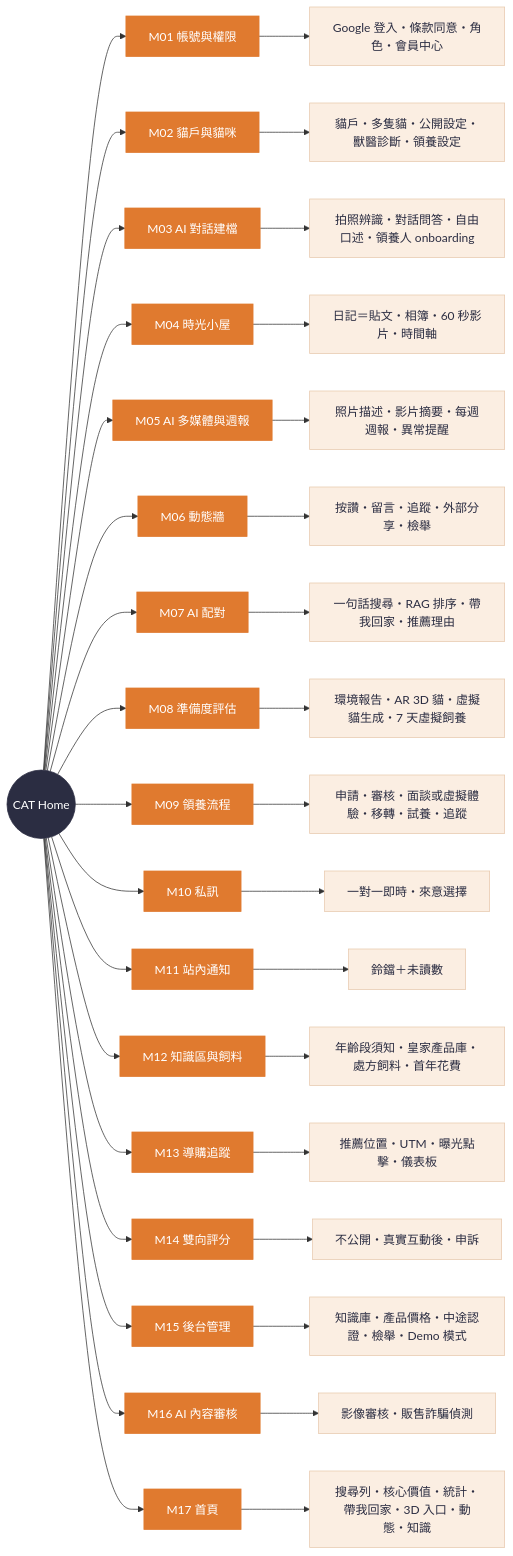
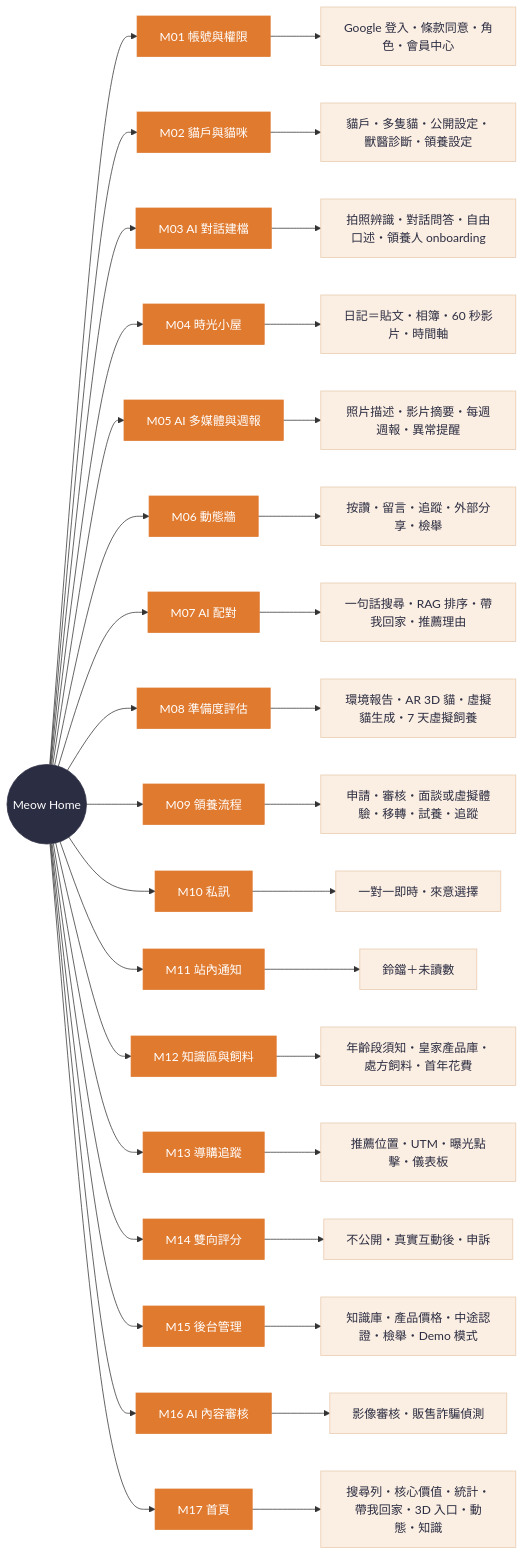
The diagram in docs/spec/diagrams/2_modules.mmd (GAE265-Meowho/Meowho), drawn with Mermaid before and after one commit. The commit also changed 13 other files, not shown here.

```diff
--- a/docs/spec/diagrams/2_modules.mmd
+++ b/docs/spec/diagrams/2_modules.mmd
@@ -1,23 +1,23 @@
 flowchart LR
   classDef root fill:#2B2D42,color:#FFFFFF,stroke:#2B2D42
   classDef m fill:#E07A2F,color:#FFFFFF,stroke:#E07A2F
   classDef f fill:#FBEEE2,color:#2B2D42,stroke:#E8C9AE
-  R((CAT Home)):::root
+  R((Meow Home)):::root
 
   R --> M01[M01 帳號與權限]:::m --> M01a[Google 登入・條款同意・角色・會員中心]:::f
   R --> M02[M02 貓戶與貓咪]:::m --> M02a[貓戶・多隻貓・公開設定・獸醫診斷・領養設定]:::f
   R --> M03[M03 AI 對話建檔]:::m --> M03a[拍照辨識・對話問答・自由口述・領養人 onboarding]:::f
   R --> M04[M04 時光小屋]:::m --> M04a[日記＝貼文・相簿・60 秒影片・時間軸]:::f
   R --> M05[M05 AI 多媒體與週報]:::m --> M05a[照片描述・影片摘要・每週週報・異常提醒]:::f
   R --> M06[M06 動態牆]:::m --> M06a[按讚・留言・追蹤・外部分享・檢舉]:::f
   R --> M07[M07 AI 配對]:::m --> M07a[一句話搜尋・RAG 排序・帶我回家・推薦理由]:::f
   R --> M08[M08 準備度評估]:::m --> M08a[環境報告・AR 3D 貓・虛擬貓生成・7 天虛擬飼養]:::f
   R --> M09[M09 領養流程]:::m --> M09a[申請・審核・面談或虛擬體驗・移轉・試養・追蹤]:::f
   R --> M10[M10 私訊]:::m --> M10a[一對一即時・來意選擇]:::f
   R --> M11[M11 站內通知]:::m --> M11a[鈴鐺＋未讀數]:::f
   R --> M12[M12 知識區與飼料]:::m --> M12a[年齡段須知・皇家產品庫・處方飼料・首年花費]:::f
   R --> M13[M13 導購追蹤]:::m --> M13a[推薦位置・UTM・曝光點擊・儀表板]:::f
   R --> M14[M14 雙向評分]:::m --> M14a[不公開・真實互動後・申訴]:::f
   R --> M15[M15 後台管理]:::m --> M15a[知識庫・產品價格・中途認證・檢舉・Demo 模式]:::f
   R --> M16[M16 AI 內容審核]:::m --> M16a[影像審核・販售詐騙偵測]:::f
   R --> M17[M17 首頁]:::m --> M17a[搜尋列・核心價值・統計・帶我回家・3D 入口・動態・知識]:::f
```
